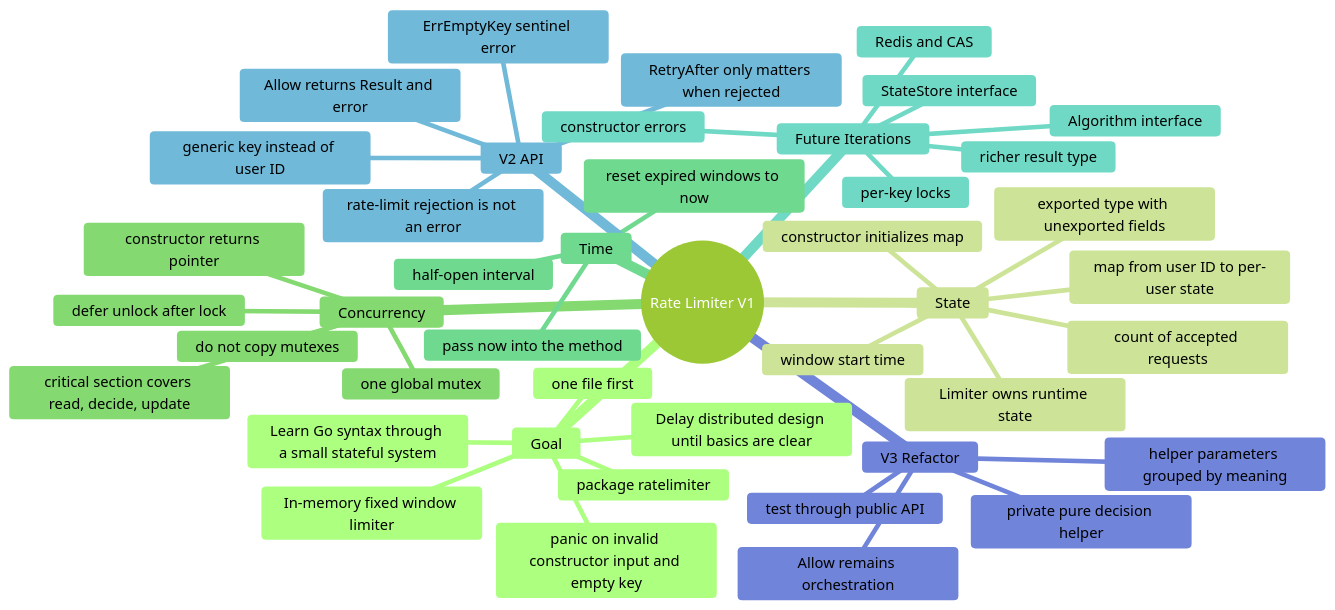
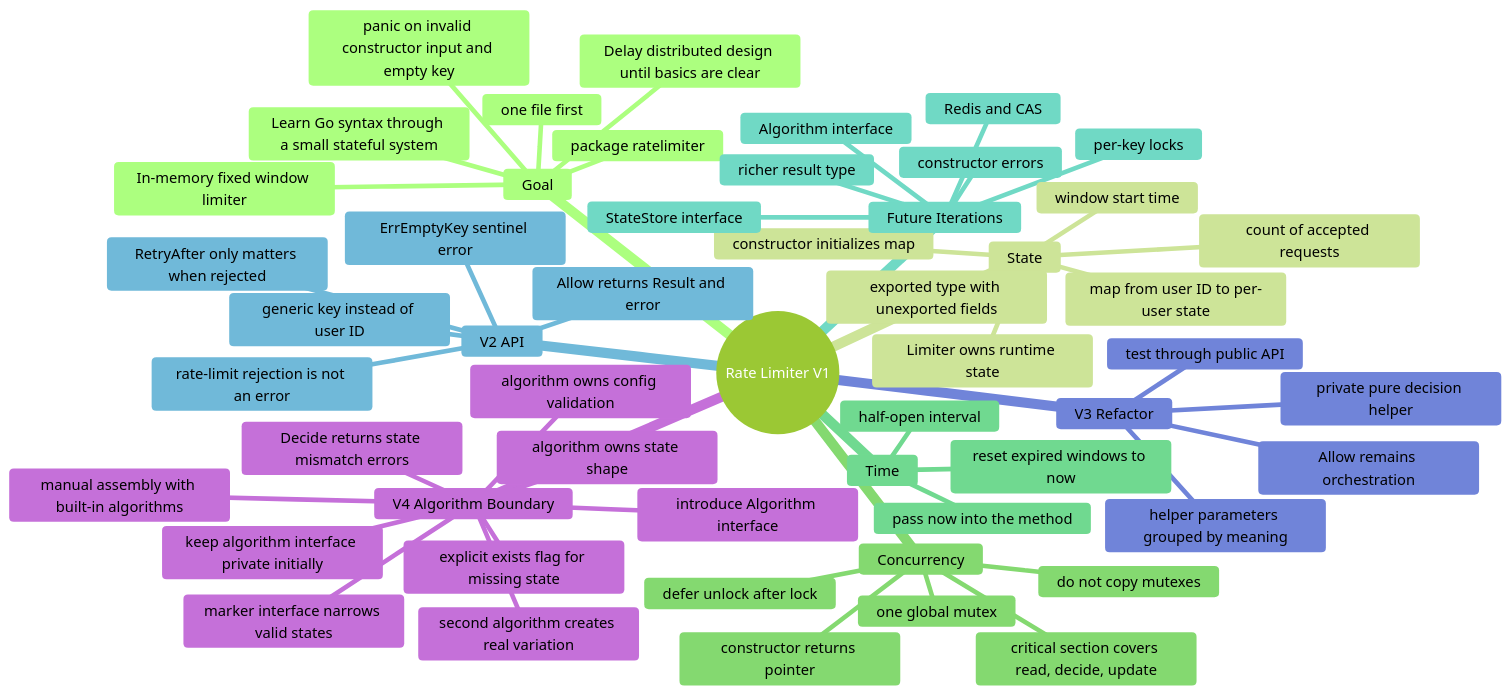
Before and after one commit to Harsh-Upadhayay/ratelimiter: the diagram in docs/mindmaps/V1 Learning Mindmap.md, drawn with Mermaid (forest theme). The commit also changed 19 other files, not shown here.

Commit message:
docs: capture v4 algorithm boundary decisions

````diff
--- a/docs/mindmaps/V1 Learning Mindmap.md
+++ b/docs/mindmaps/V1 Learning Mindmap.md
@@ -5,46 +5,56 @@
 ```mermaid
 mindmap
   root((Rate Limiter V1))
     Goal
       In-memory fixed window limiter
       Learn Go syntax through a small stateful system
       Delay distributed design until basics are clear
       package ratelimiter
       one file first
       panic on invalid constructor input and empty key
     State
       Limiter owns runtime state
       exported type with unexported fields
       map from user ID to per-user state
       count of accepted requests
       window start time
       constructor initializes map
     Concurrency
       one global mutex
       critical section covers read, decide, update
       defer unlock after lock
       do not copy mutexes
       constructor returns pointer
     Time
       pass now into the method
       reset expired windows to now
       half-open interval
     Future Iterations
       Algorithm interface
       StateStore interface
       richer result type
       constructor errors
       per-key locks
       Redis and CAS
     V2 API
       Allow returns Result and error
       generic key instead of user ID
       ErrEmptyKey sentinel error
       rate-limit rejection is not an error
       RetryAfter only matters when rejected
     V3 Refactor
       private pure decision helper
       Allow remains orchestration
       test through public API
       helper parameters grouped by meaning
+    V4 Algorithm Boundary
+      second algorithm creates real variation
+      introduce Algorithm interface
+      algorithm owns state shape
+      marker interface narrows valid states
+      explicit exists flag for missing state
+      keep algorithm interface private initially
+      algorithm owns config validation
+      manual assembly with built-in algorithms
+      Decide returns state mismatch errors
 ```
````
